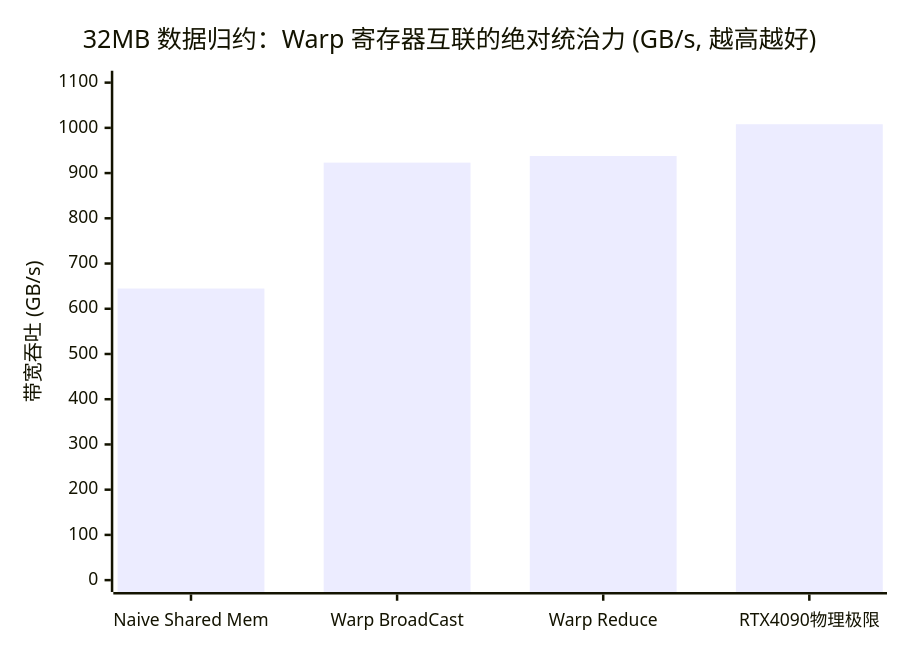
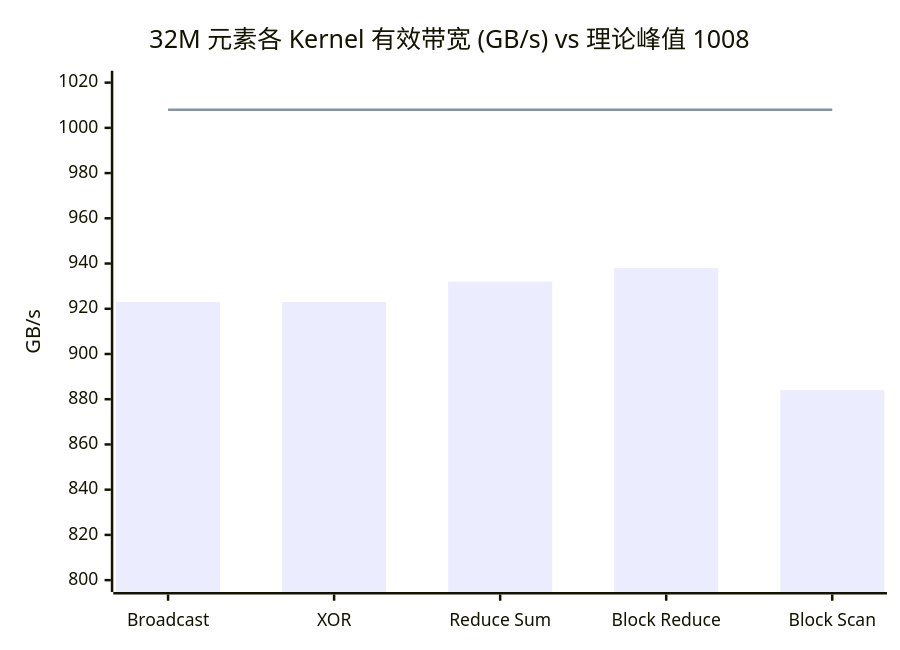
The second of 2 diagrams in Blogs/06_Warp_Primitives_Register_Shuffle.md (psmarter/CUDA-Practice), drawn with Mermaid before and after one commit. The commit also changed other lines of this file and 21 other files, not shown here.

````diff
--- a/Blogs/06_Warp_Primitives_Register_Shuffle.md
+++ b/Blogs/06_Warp_Primitives_Register_Shuffle.md
@@ -101,7 +190,8 @@
 ```mermaid
 xychart-beta
-  title "32MB 数据归约：Warp 寄存器互联的绝对统治力 (GB/s, 越高越好)"
-  x-axis ["Naive Shared Mem", "Warp BroadCast", "Warp Reduce", "RTX4090物理极限"]
-  y-axis "带宽吞吐 (GB/s)" 0 --> 1100
-  bar [644.7, 923.1, 937.8, 1008]
+  title "32M 元素各 Kernel 有效带宽 (GB/s) vs 理论峰值 1008"
+  x-axis ["Broadcast", "XOR", "Reduce Sum", "Block Reduce", "Block Scan"]
+  y-axis "GB/s" 800 --> 1020
+  bar [923, 923, 932, 938, 884]
+  line [1008, 1008, 1008, 1008, 1008]
 ```
````
